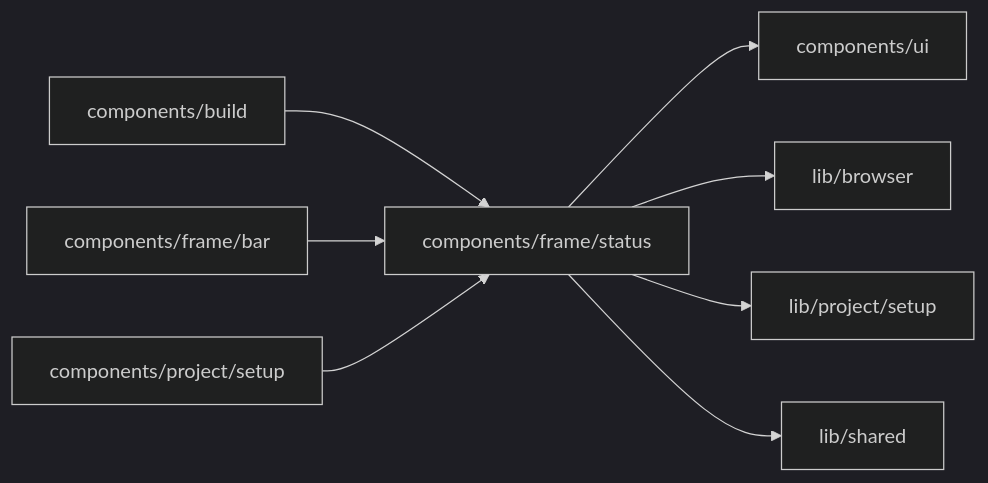
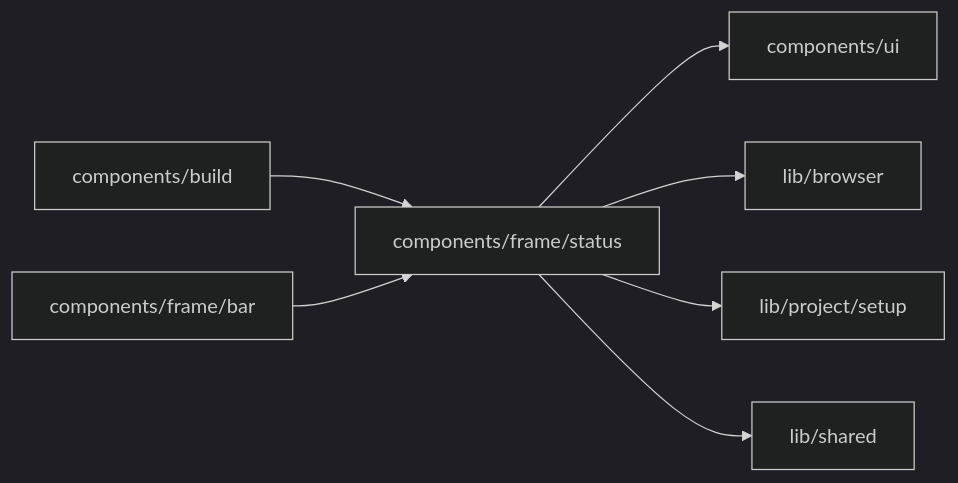
The diagram in web/studio/components/frame/status/README.md (superdurable/superverse), drawn with Mermaid (dark theme) before and after one commit. The commit also changed other lines of this file and 47 other files, not shown here.

````diff
--- a/web/studio/components/frame/status/README.md
+++ b/web/studio/components/frame/status/README.md
@@ -10,11 +10,10 @@
 ```mermaid
 flowchart LR
   self["components/frame/status"]
   c0["components/build"] --> self
   c1["components/frame/bar"] --> self
-  c2["components/project/setup"] --> self
   self --> d0["components/ui"]
   self --> d1["lib/browser"]
   self --> d2["lib/project/setup"]
   self --> d3["lib/shared"]
 ```
````
